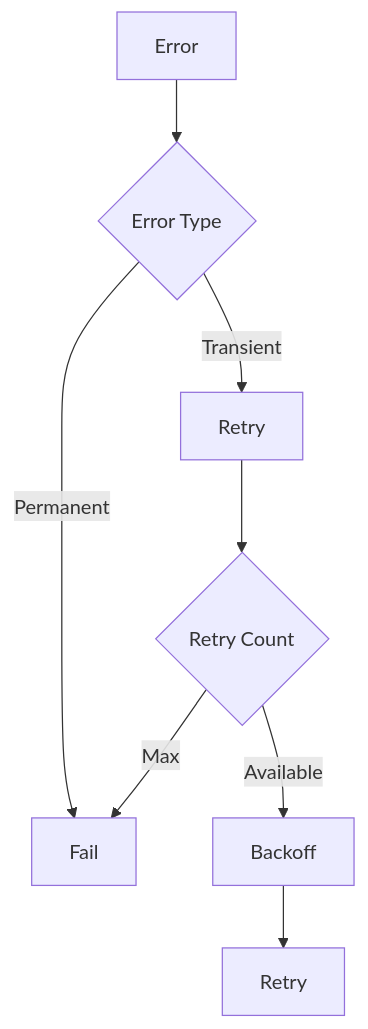
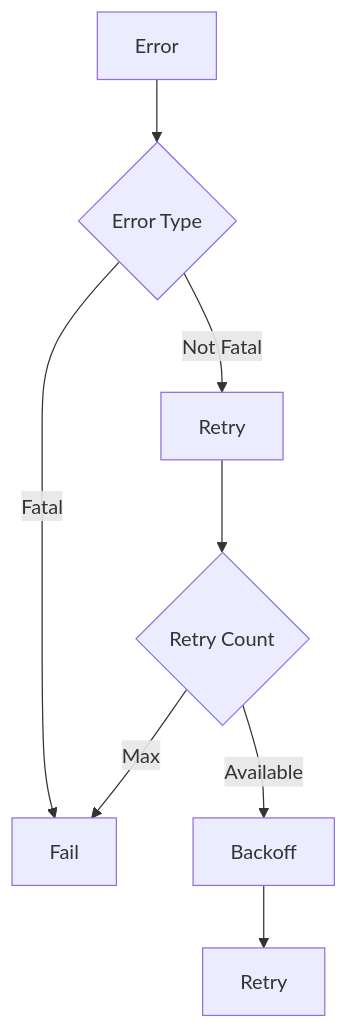
Before and after one commit to transferia/transferia: the eighth of 8 diagrams in docs/contributor-guide/core-concepts.md, drawn with Mermaid. The commit also changed 4 other files, not shown here.

````diff
--- a/docs/contributor-guide/core-concepts.md
+++ b/docs/contributor-guide/core-concepts.md
@@ -170,10 +170,10 @@
 ```mermaid
 graph TD
     A[Error] --> B{Error Type}
-    B -->|Transient| C[Retry]
-    B -->|Permanent| D[Fail]
+    B -->|Not Fatal| C[Retry]
+    B -->|Fatal| D[Fail]
     C --> E{Retry Count}
     E -->|Max| D
     E -->|Available| F[Backoff]
     F --> G[Retry]
 ```
````
